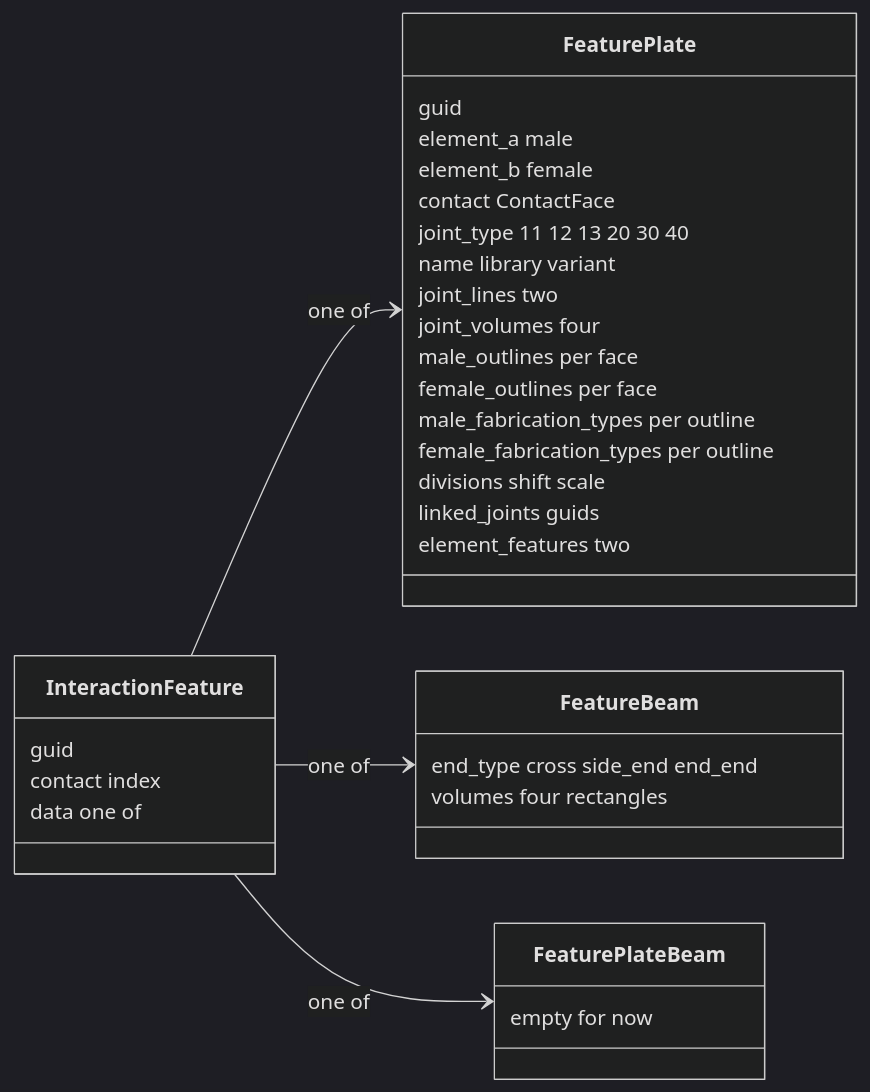
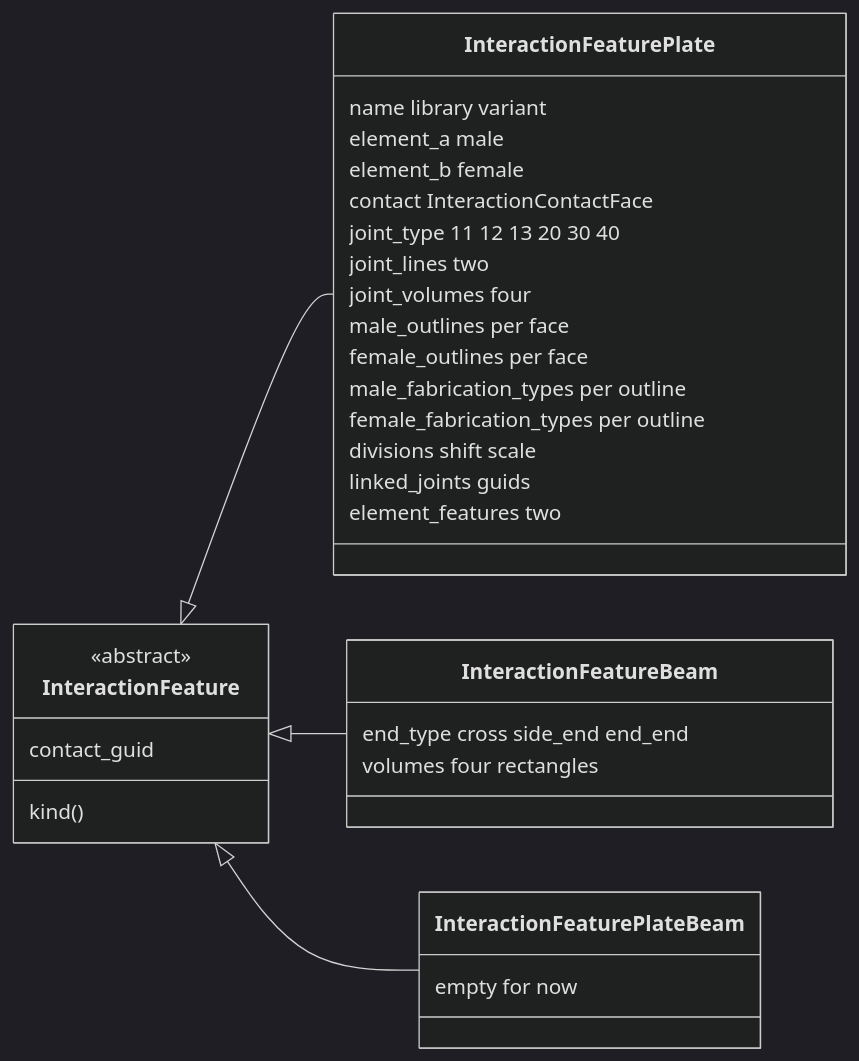
One commit to petrasvestartas/wood changed the third of 10 diagrams in src/docs.md. Above: the diagram before and after it, drawn with Mermaid (dark theme). The commit also changed other lines of this file and 132 other files, not shown here.

Commit message:
wood: interactions derive from the kernel's abstract Interaction (InteractionContact/Feature/Structure and their leaves), WoodSession add/get/has/remove_interaction on elements only, contacts and joints stored per edge, no private helpers

````diff
--- a/src/docs.md
+++ b/src/docs.md
@@ -87,36 +90,35 @@
 ```mermaid
 classDiagram
     direction LR
     class InteractionFeature {
-        guid
-        contact index
-        data one of
+        <<abstract>>
+        contact_guid
+        kind()
     }
-    class FeaturePlate {
-        guid
+    class InteractionFeaturePlate {
+        name library variant
         element_a male
         element_b female
-        contact ContactFace
+        contact InteractionContactFace
         joint_type 11 12 13 20 30 40
-        name library variant
         joint_lines two
         joint_volumes four
         male_outlines per face
         female_outlines per face
         male_fabrication_types per outline
         female_fabrication_types per outline
         divisions shift scale
         linked_joints guids
         element_features two
     }
-    class FeatureBeam {
+    class InteractionFeatureBeam {
         end_type cross side_end end_end
         volumes four rectangles
     }
-    class FeaturePlateBeam {
+    class InteractionFeaturePlateBeam {
         empty for now
     }
-    InteractionFeature --> FeaturePlate : one of
-    InteractionFeature --> FeatureBeam : one of
-    InteractionFeature --> FeaturePlateBeam : one of
+    InteractionFeature <|-- InteractionFeaturePlate
+    InteractionFeature <|-- InteractionFeatureBeam
+    InteractionFeature <|-- InteractionFeaturePlateBeam
 ```
````
